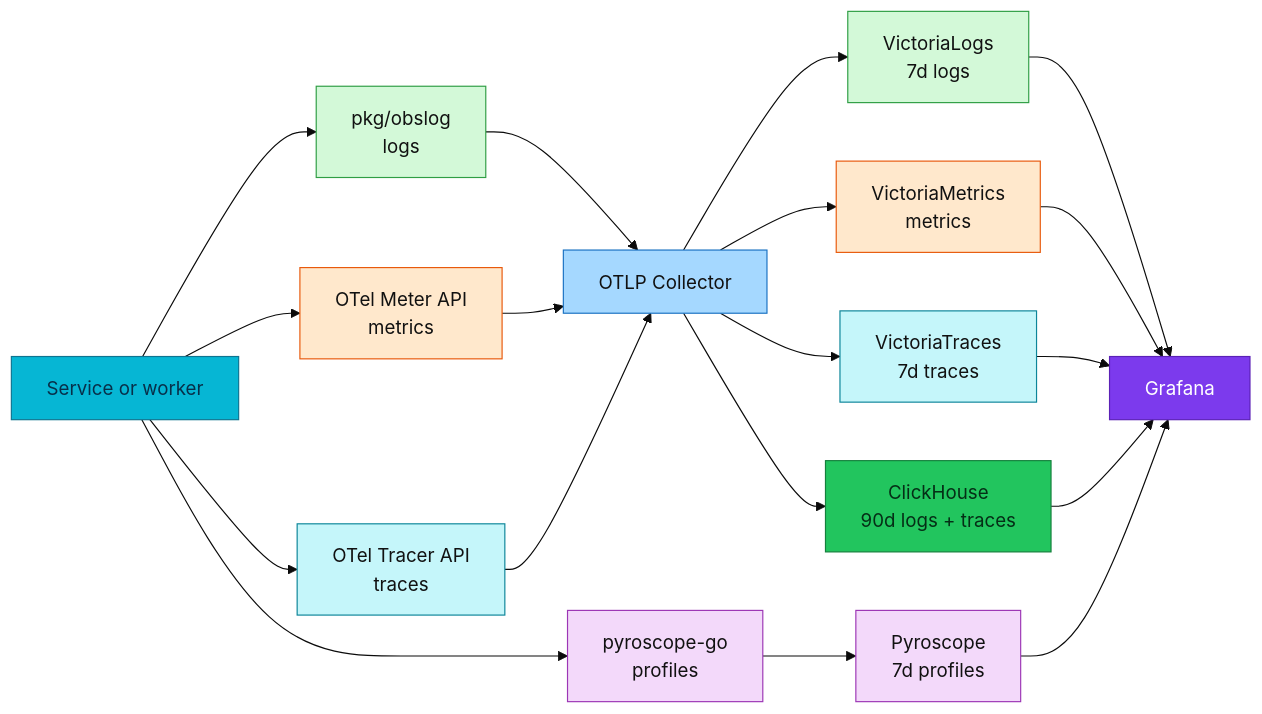
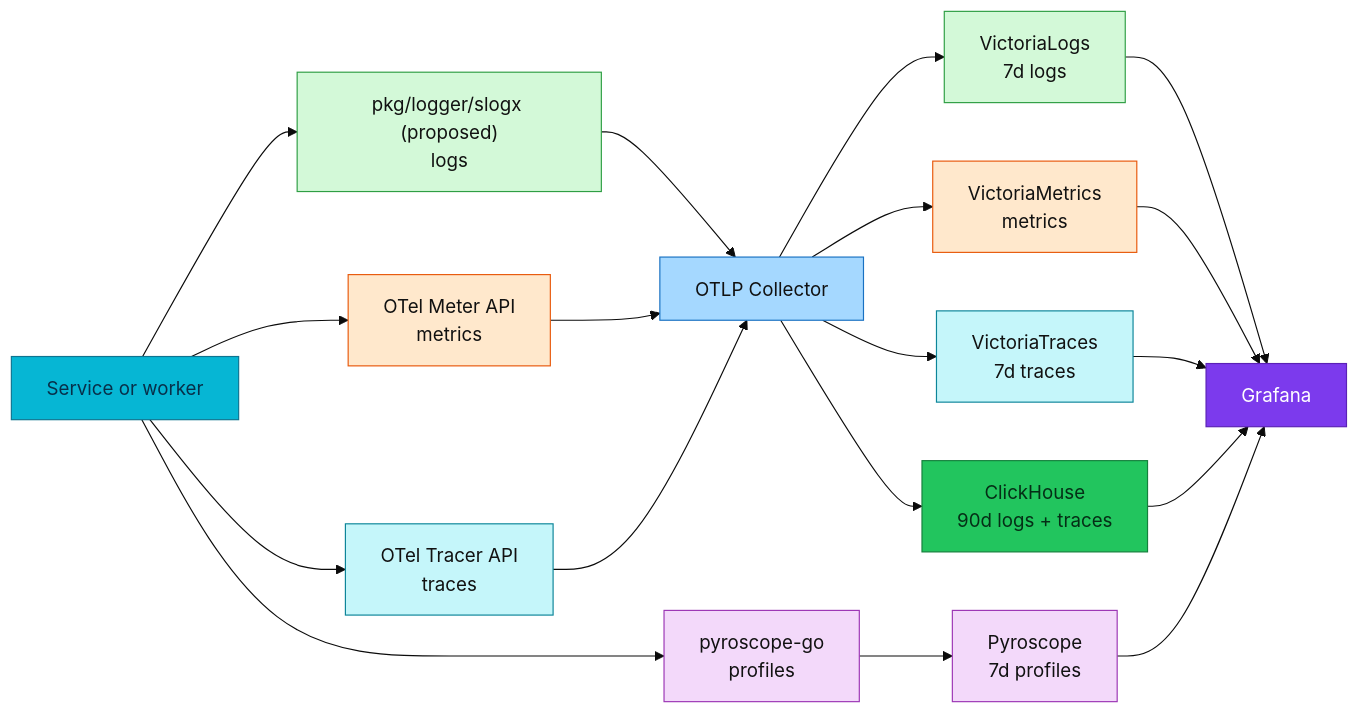
One commit to duynhlab/homelab changed the diagram in docs/proposals/rfc/RFC-0031/README.md. Above: the diagram before and after it, drawn with Mermaid (base theme). The commit also changed other lines of this file and 5 other files, not shown here.

```diff
--- a/docs/proposals/rfc/RFC-0031/README.md
+++ b/docs/proposals/rfc/RFC-0031/README.md
@@ -143,36 +198,36 @@
 ~~~mermaid
 flowchart LR
-    A["Service or worker"] --> L["pkg/obslog<br/>logs"]
+    A["Service or worker"] --> L["pkg/logger/slogx (proposed)<br/>logs"]
     A --> M["OTel Meter API<br/>metrics"]
     A --> T["OTel Tracer API<br/>traces"]
     A --> P["pyroscope-go<br/>profiles"]
     L --> O["OTLP Collector"]
     M --> O
     T --> O
     O --> VL["VictoriaLogs<br/>7d logs"]
     O --> VM["VictoriaMetrics<br/>metrics"]
     O --> VT["VictoriaTraces<br/>7d traces"]
     O --> CH["ClickHouse<br/>90d logs + traces"]
     P --> PY["Pyroscope<br/>7d profiles"]
     VL --> G["Grafana"]
     VM --> G
     VT --> G
     CH --> G
     PY --> G
     classDef service fill:#06b6d4,color:#082f49,stroke:#0e7490;
     classDef collector fill:#a5d8ff,color:#111,stroke:#1971c2;
     classDef platform fill:#7c3aed,color:#fff,stroke:#5b21b6;
     classDef data fill:#22c55e,color:#052e16,stroke:#15803d;
     classDef metric fill:#ffe8cc,color:#111,stroke:#e8590c;
     classDef log fill:#d3f9d8,color:#111,stroke:#2f9e44;
     classDef trace fill:#c5f6fa,color:#111,stroke:#0c8599;
     classDef profile fill:#f3d9fa,color:#111,stroke:#9c36b5;
     class A service;
     class O collector;
     class G platform;
     class CH data;
     class L,VL log;
     class M,VM metric;
     class T,VT trace;
     class P,PY profile;
 ~~~
```
